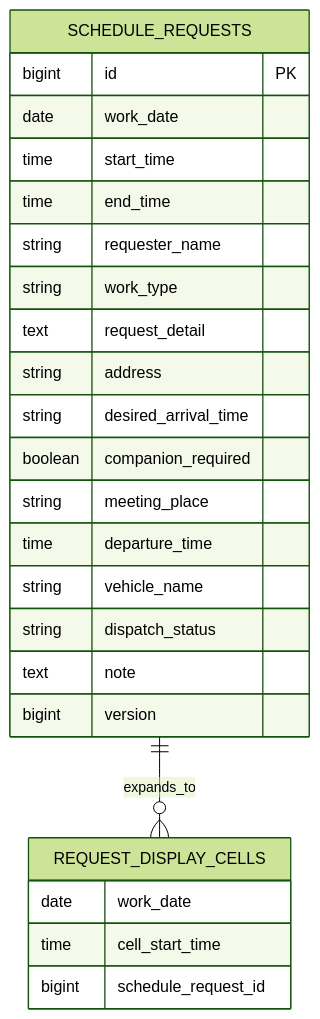
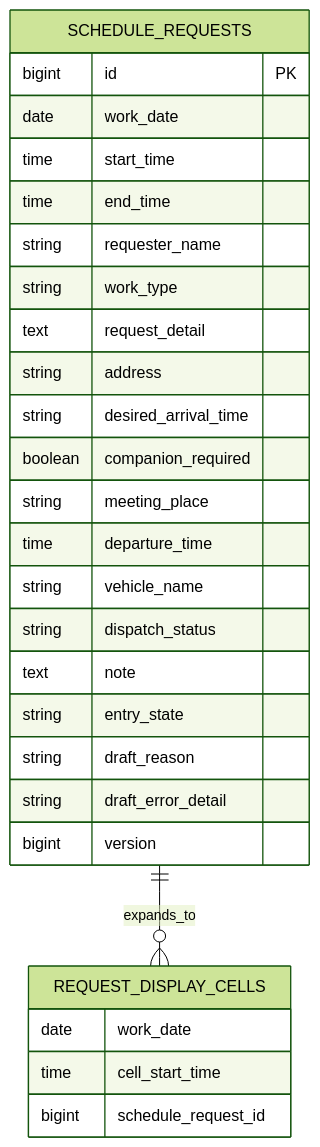
The diagram in docs/database-design.md (yuya-dev-dev/schedule-system), drawn with Mermaid (forest theme) before and after one commit. The commit also changed other lines of this file and 7 other files, not shown here.

````diff
--- a/docs/database-design.md
+++ b/docs/database-design.md
@@ -11,30 +11,33 @@
 ```mermaid
 erDiagram
     SCHEDULE_REQUESTS ||--o{ REQUEST_DISPLAY_CELLS : expands_to
 
     SCHEDULE_REQUESTS {
         bigint id PK
         date work_date
         time start_time
         time end_time
         string requester_name
         string work_type
         text request_detail
         string address
         string desired_arrival_time
         boolean companion_required
         string meeting_place
         time departure_time
         string vehicle_name
         string dispatch_status
         text note
+        string entry_state
+        string draft_reason
+        string draft_error_detail
         bigint version
     }
 
     REQUEST_DISPLAY_CELLS {
         date work_date
         time cell_start_time
         bigint schedule_request_id
     }
 
 ```
````
